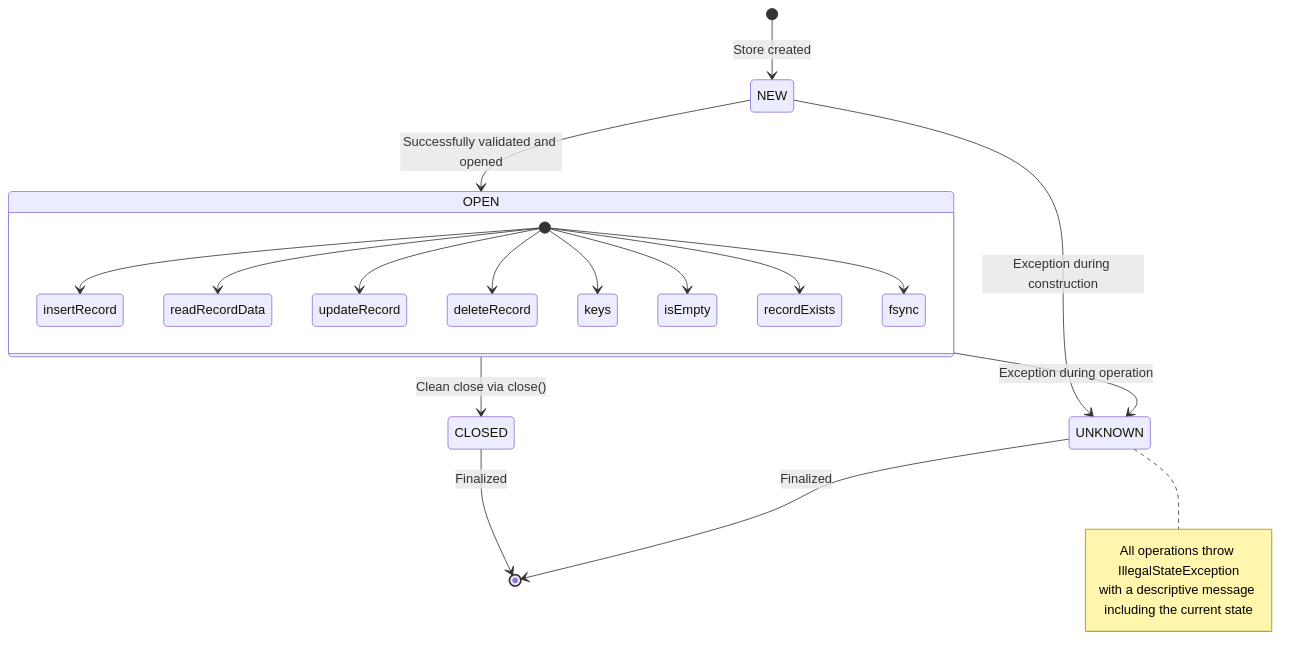
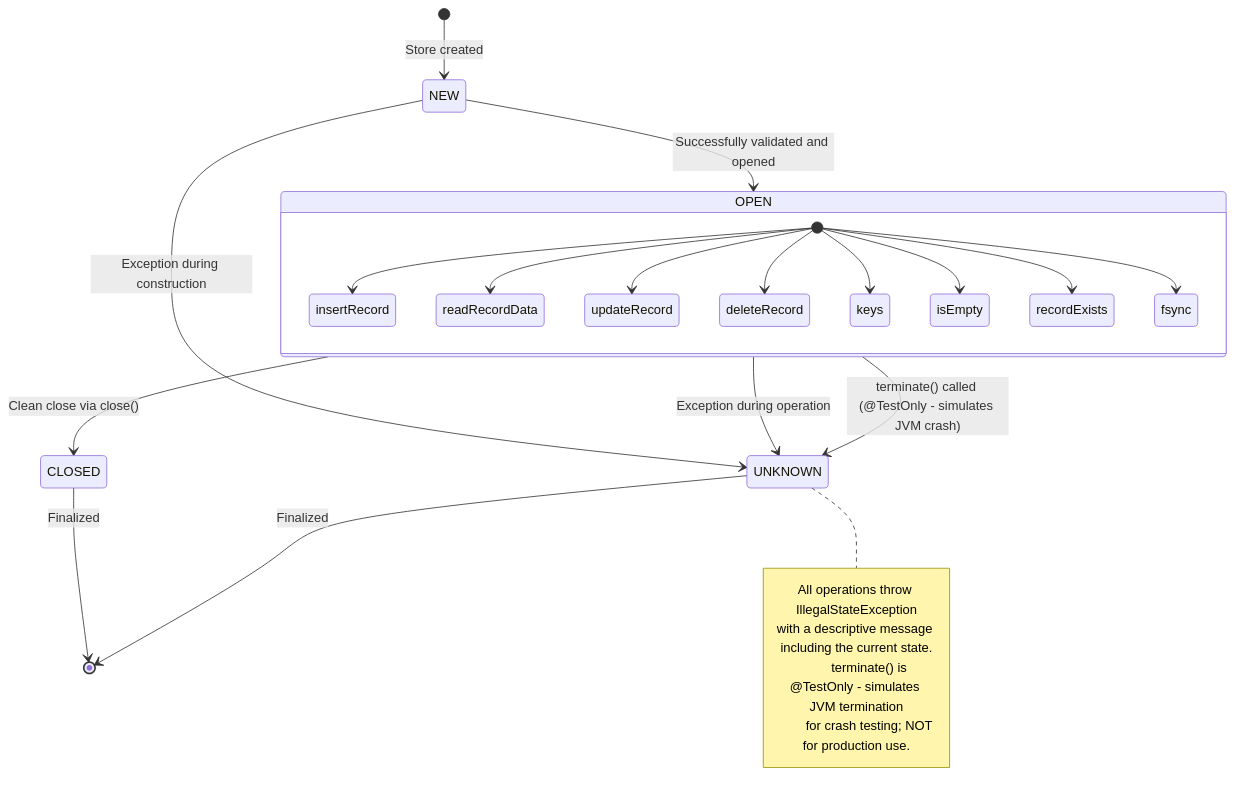
The first of 3 diagrams in README.md (simbo1905/simple-record-store), drawn with Mermaid before and after one commit. The commit also changed other lines of this file and 1 other file, not shown here.

````diff
--- a/README.md
+++ b/README.md
@@ -103,26 +58,30 @@
 ```mermaid
 stateDiagram-v2
     [*] --> NEW: Store created
     NEW --> OPEN: Successfully validated and opened
     NEW --> UNKNOWN: Exception during construction
     OPEN --> CLOSED: Clean close via close()
     OPEN --> UNKNOWN: Exception during operation
+    OPEN --> UNKNOWN: terminate() called (@TestOnly - simulates JVM crash)
     CLOSED --> [*]: Finalized
     UNKNOWN --> [*]: Finalized
     
     state OPEN {
         [*] --> insertRecord
         [*] --> readRecordData
         [*] --> updateRecord
         [*] --> deleteRecord
         [*] --> keys
         [*] --> isEmpty
         [*] --> recordExists
         [*] --> fsync
     }
     
     note right of UNKNOWN
         All operations throw IllegalStateException
-        with a descriptive message including the current state
+        with a descriptive message including the current state.
+        
+        terminate() is @TestOnly - simulates JVM termination
+        for crash testing; NOT for production use.
     end note
 ```
````
